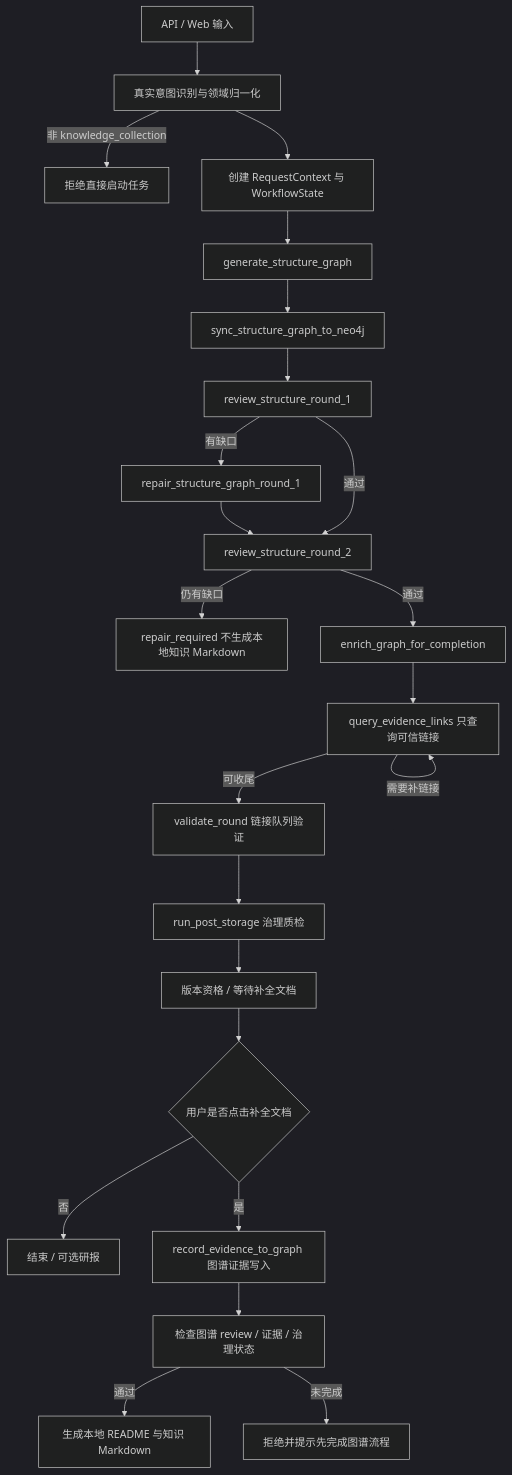
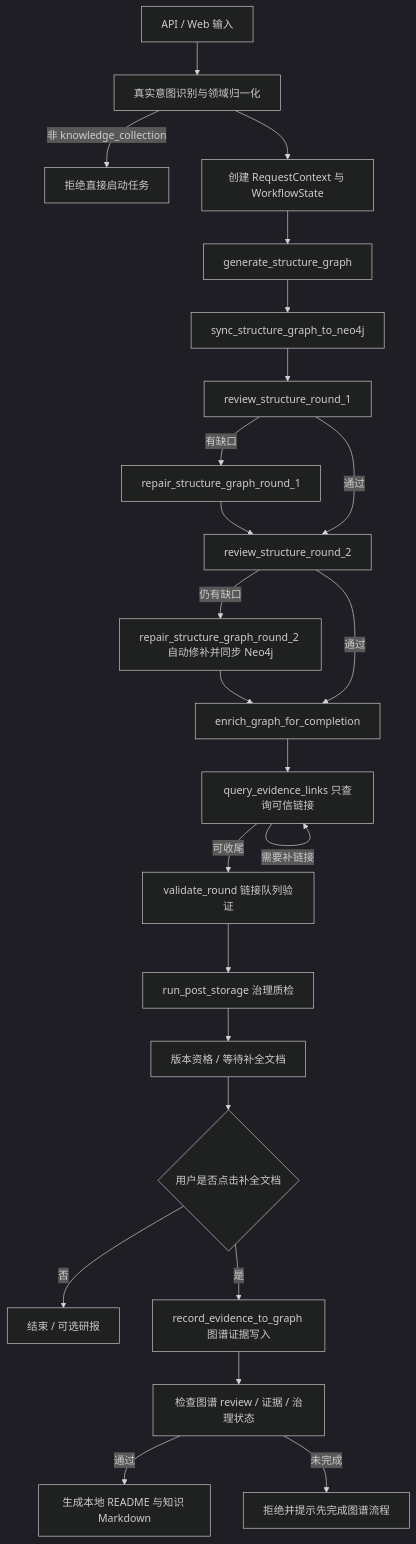
Before and after one commit to crabin/knowledgeforge: the diagram in docs/流程执行文档.md, drawn with Mermaid (dark theme). The commit also changed other lines of this file and 9 other files, not shown here.

````diff
--- a/docs/流程执行文档.md
+++ b/docs/流程执行文档.md
@@ -11,25 +11,26 @@
 ```mermaid
 flowchart TD
     A[API / Web 输入] --> B[真实意图识别与领域归一化]
     B -->|非 knowledge_collection| X[拒绝直接启动任务]
     B --> C[创建 RequestContext 与 WorkflowState]
     C --> D[generate_structure_graph]
     D --> E[sync_structure_graph_to_neo4j]
     E --> F[review_structure_round_1]
     F -->|有缺口| G[repair_structure_graph_round_1]
     G --> H[review_structure_round_2]
     F -->|通过| H
-    H -->|仍有缺口| S[repair_required 不生成本地知识 Markdown]
+    H -->|仍有缺口| S[repair_structure_graph_round_2 自动修补并同步 Neo4j]
+    S --> I
     H -->|通过| I[enrich_graph_for_completion]
     I --> J[query_evidence_links 只查询可信链接]
     J -->|需要补链接| J
     J -->|可收尾| L[validate_round 链接队列验证]
     L --> M[run_post_storage 治理质检]
     M --> P[版本资格 / 等待补全文档]
     P --> Q{用户是否点击补全文档}
     Q -->|否| R[结束 / 可选研报]
     Q -->|是| K[record_evidence_to_graph 图谱证据写入]
     K --> T[检查图谱 review / 证据 / 治理状态]
     T -->|通过| U[生成本地 README 与知识 Markdown]
     T -->|未完成| V[拒绝并提示先完成图谱流程]
 ```
````
